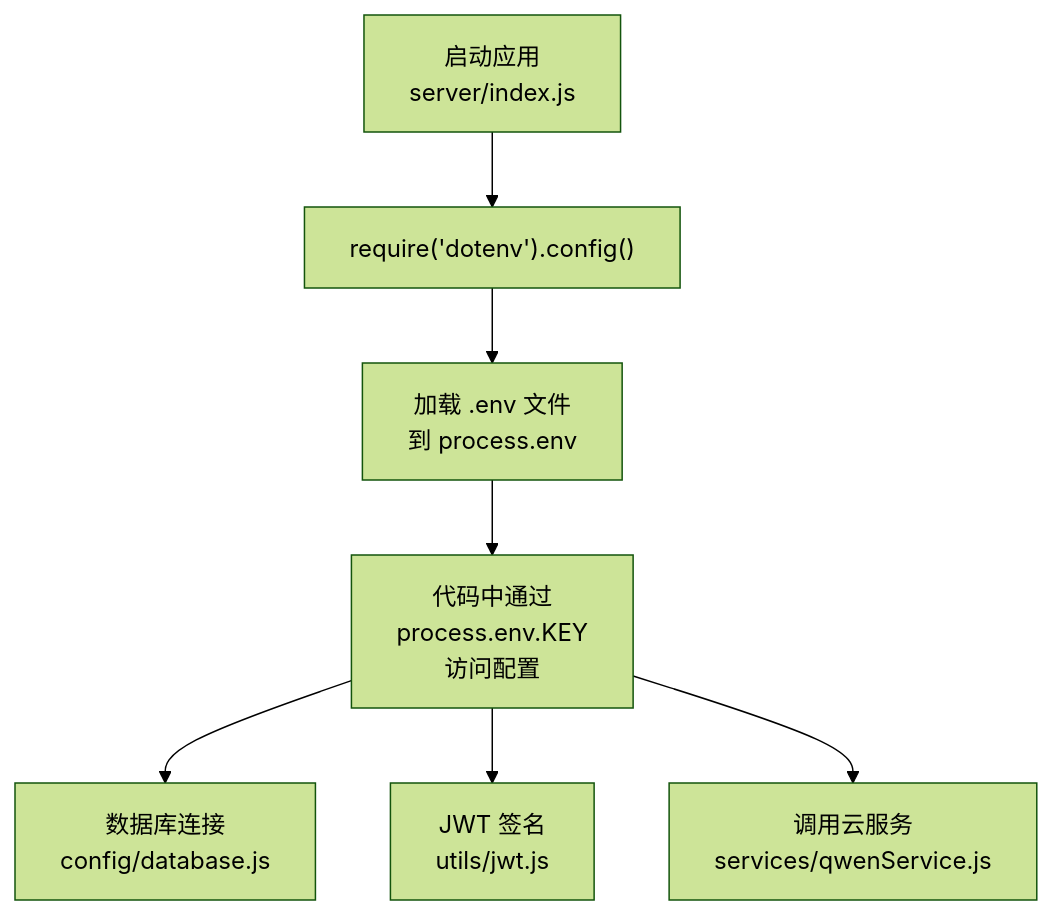
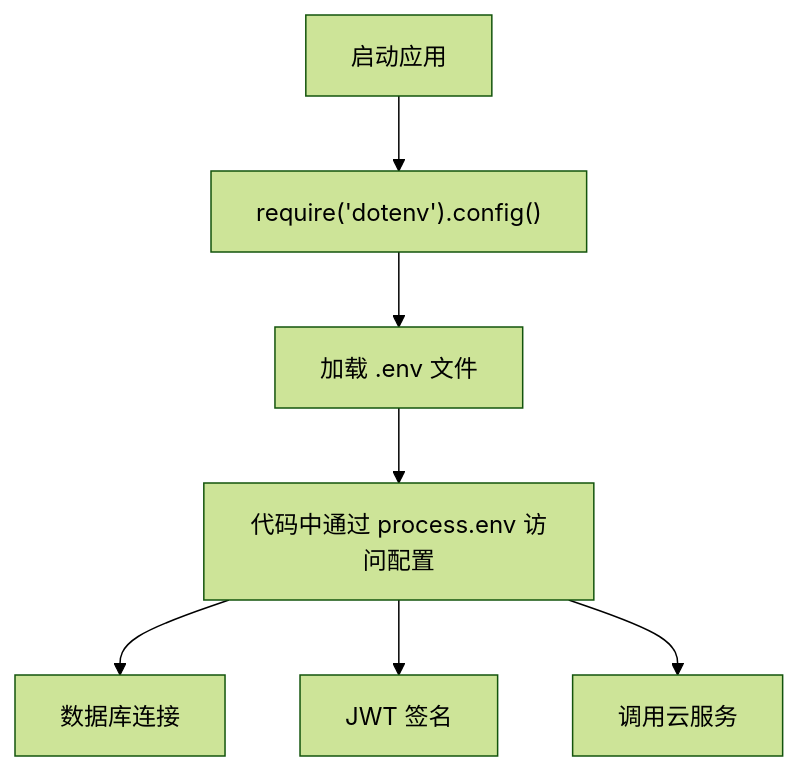
Before and after one commit to xingranya/CervixDetectAI: the diagram in wiki/安全考虑/配置安全.md, drawn with Mermaid (forest theme). The commit also changed 35 other files, not shown here.

First line of the commit message:
docs(readme): 优化并统一项目文档中的流程图与说明

````diff
--- a/wiki/安全考虑/配置安全.md
+++ b/wiki/安全考虑/配置安全.md
@@ -58,9 +58,9 @@
 ```mermaid
 flowchart TD
-A["启动应用<br/>server/index.js"] --> B["require('dotenv').config()"]
-B --> C["加载 .env 文件<br/>到 process.env"]
-C --> D["代码中通过<br/>process.env.KEY<br/>访问配置"]
-D --> E["数据库连接<br/>config/database.js"]
-D --> F["JWT 签名<br/>utils/jwt.js"]
-D --> G["调用云服务<br/>services/qwenService.js"]
+A["启动应用"] --> B["require('dotenv').config()"]
+B --> C["加载 .env 文件"]
+C --> D["代码中通过 process.env 访问配置"]
+D --> E["数据库连接"]
+D --> F["JWT 签名"]
+D --> G["调用云服务"]
 ```
````
